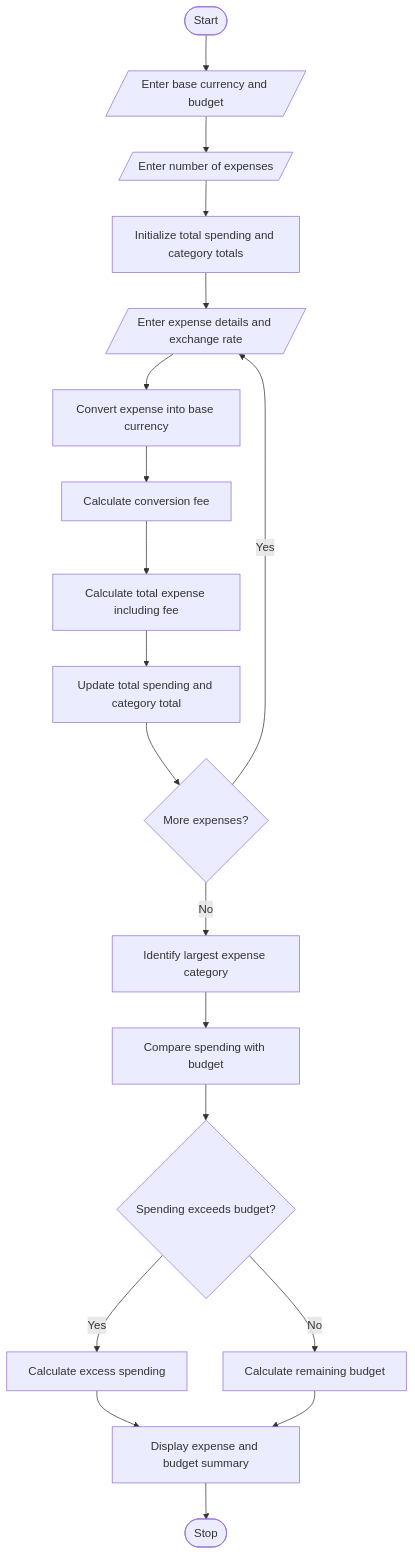
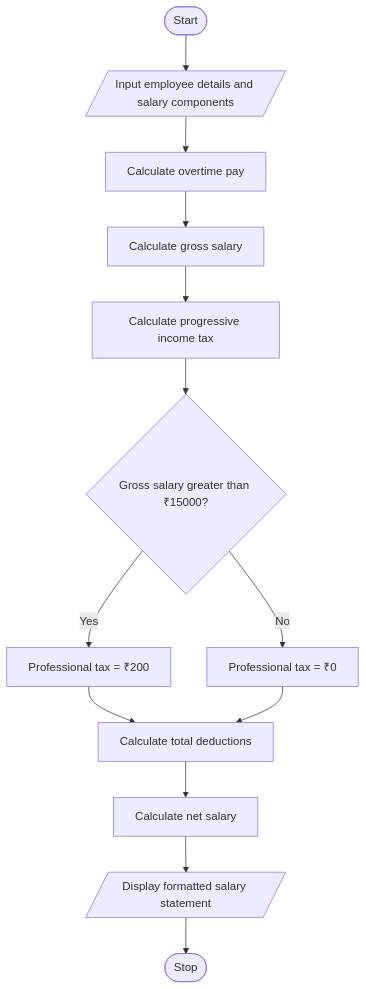
Before and after one commit to seelammahendra/PYTHON-ACTIVITY-BASED-LEARNING: the diagram in TASK9/CODE.MD, drawn with Mermaid. The commit also changed other lines of this file, not shown here.

````diff
--- a/TASK9/CODE.MD
+++ b/TASK9/CODE.MD
@@ -46,21 +49,15 @@
 ```mermaid
 flowchart TD
-    A([Start]) --> B[/Enter base currency and budget/]
-    B --> C[/Enter number of expenses/]
-    C --> D[Initialize total spending and category totals]
-    D --> E[/Enter expense details and exchange rate/]
-    E --> F[Convert expense into base currency]
-    F --> G[Calculate conversion fee]
-    G --> H[Calculate total expense including fee]
-    H --> I[Update total spending and category total]
-    I --> J{More expenses?}
-    J -- Yes --> E
-    J -- No --> K[Identify largest expense category]
-    K --> L[Compare spending with budget]
-    L --> M{Spending exceeds budget?}
-    M -- Yes --> N[Calculate excess spending]
-    M -- No --> O[Calculate remaining budget]
-    N --> P[Display expense and budget summary]
-    O --> P
-    P --> Q([Stop])
+    A([Start]) --> B[/Input employee details and salary components/]
+    B --> C[Calculate overtime pay]
+    C --> D[Calculate gross salary]
+    D --> E[Calculate progressive income tax]
+    E --> F{Gross salary greater than ₹15000?}
+    F -- Yes --> G[Professional tax = ₹200]
+    F -- No --> H[Professional tax = ₹0]
+    G --> I[Calculate total deductions]
+    H --> I
+    I --> J[Calculate net salary]
+    J --> K[/Display formatted salary statement/]
+    K --> L([Stop])
 ```
````
